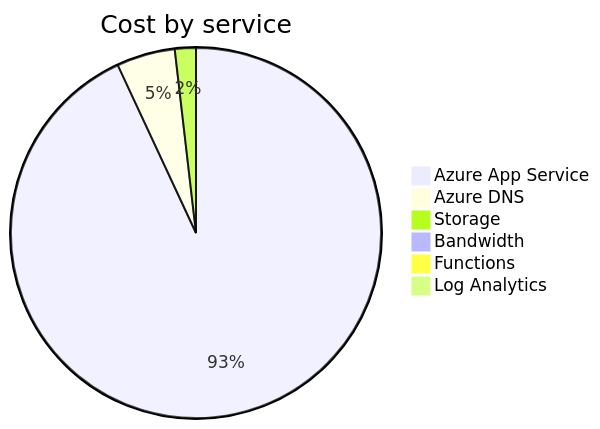
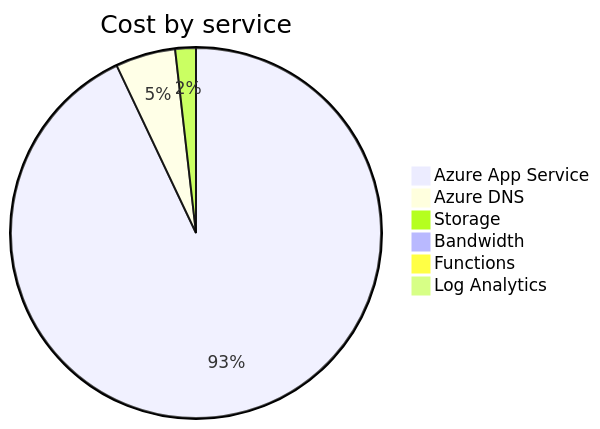
The second of 4 diagrams in cost-reports/accumulated-cost.md (jpfulton/azure-personal-reports), drawn with Mermaid before and after one commit. The commit also changed other lines of this file and 4 other files, not shown here.

````diff
--- a/cost-reports/accumulated-cost.md
+++ b/cost-reports/accumulated-cost.md
@@ -98,10 +98,10 @@
 ```mermaid
 pie
    title Cost by service
-   "Azure App Service" : 4.56
-   "Azure DNS" : 0.25
-   "Storage" : 0.09
+   "Azure App Service" : 5.15
+   "Azure DNS" : 0.29
+   "Storage" : 0.10
    "Bandwidth" : 0.00
    "Functions" : 0.00
    "Log Analytics" : 0.00
 ```
````
